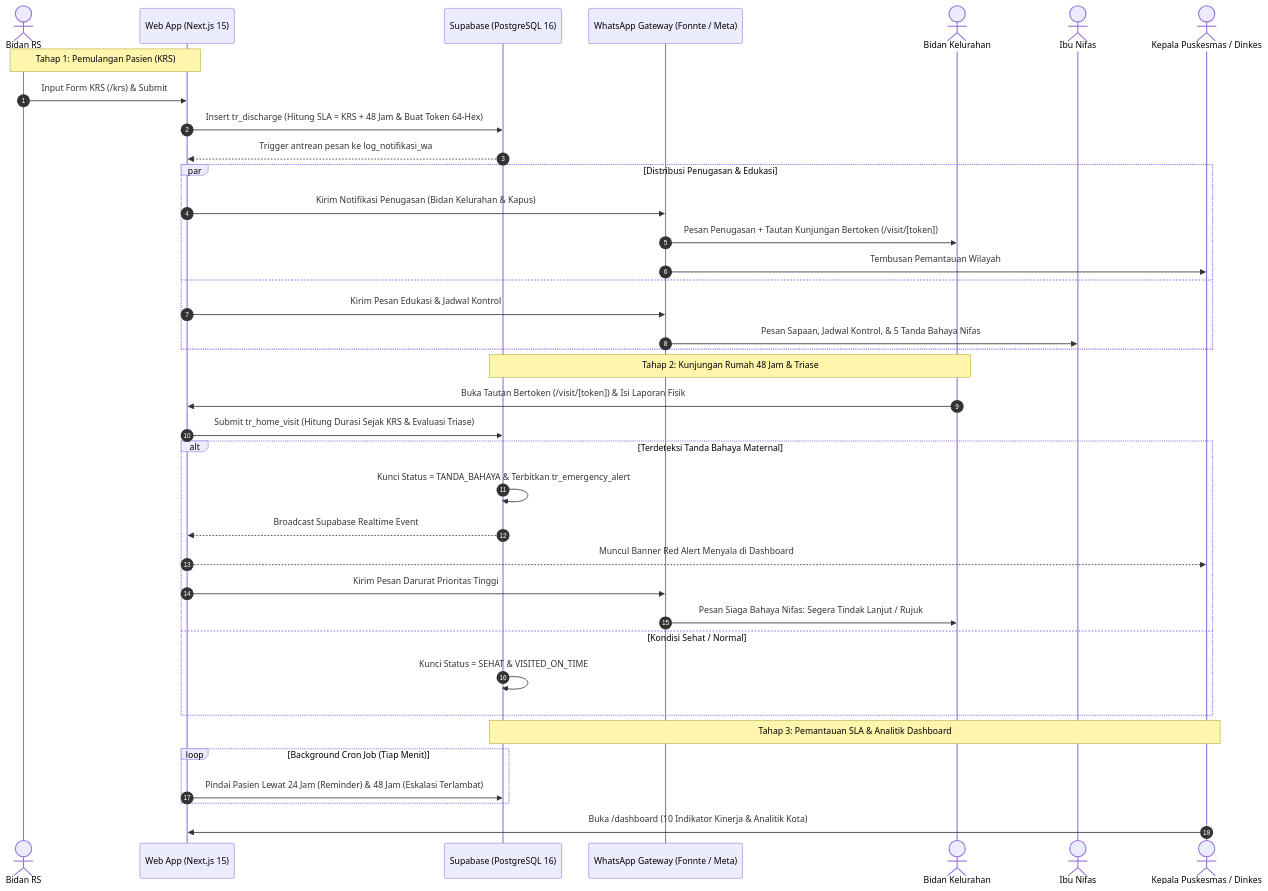
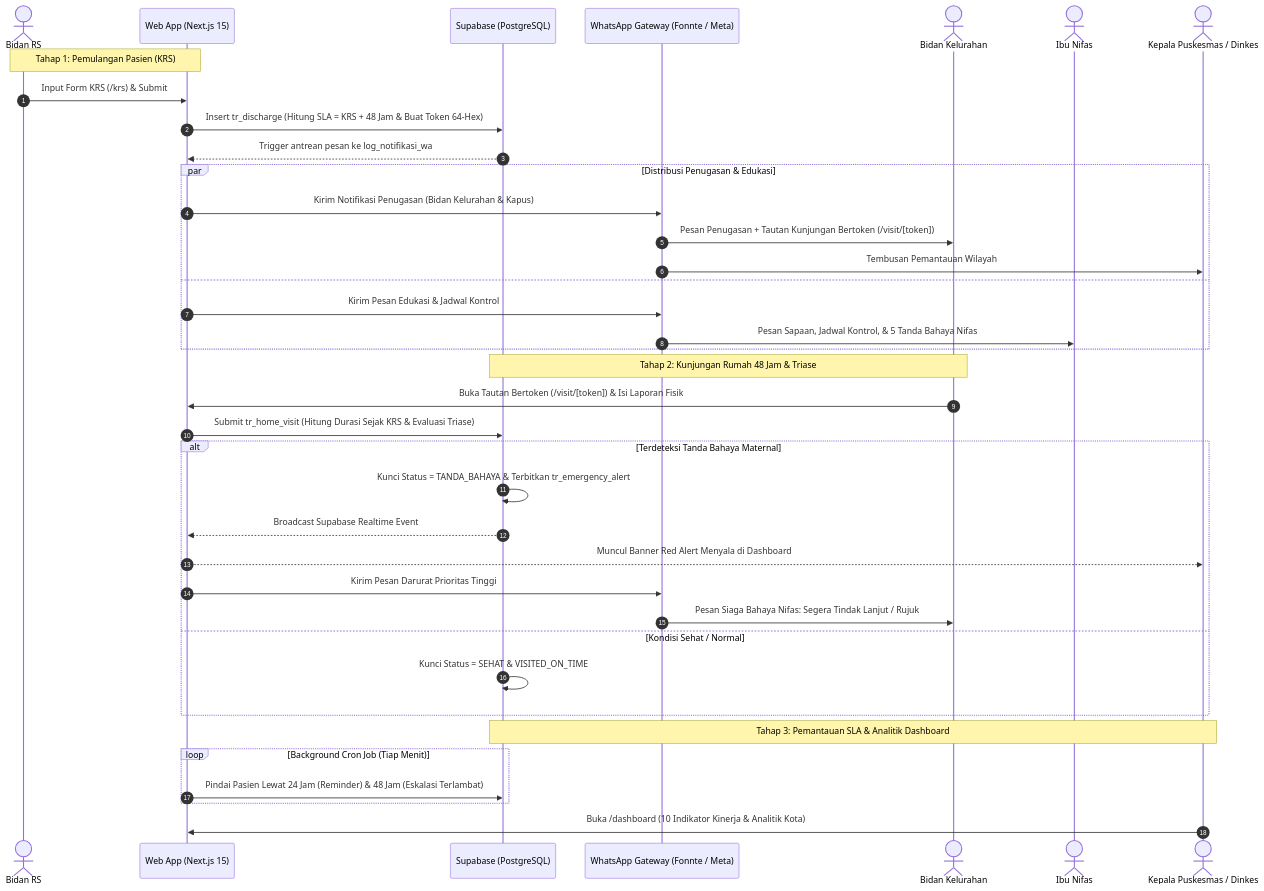
One commit to Primarizki21/monitoring-ibu-nifas changed the diagram in README.md. Above: the diagram before and after it, drawn with Mermaid. The commit also changed other lines of this file and 1 other file, not shown here.

````diff
--- a/README.md
+++ b/README.md
@@ -52,45 +52,45 @@
 ```mermaid
 sequenceDiagram
     autonumber
     actor BidanRS as Bidan RS
     participant Web as Web App (Next.js 15)
-    participant DB as Supabase (PostgreSQL 16)
+    participant DB as Supabase (PostgreSQL)
     participant WA as WhatsApp Gateway (Fonnte / Meta)
     actor BidanKel as Bidan Kelurahan
     actor Ibu as Ibu Nifas
     actor Kapus as Kepala Puskesmas / Dinkes
 
     Note over BidanRS,Web: Tahap 1: Pemulangan Pasien (KRS)
     BidanRS->>Web: Input Form KRS (/krs) & Submit
     Web->>DB: Insert tr_discharge (Hitung SLA = KRS + 48 Jam & Buat Token 64-Hex)
     DB-->>Web: Trigger antrean pesan ke log_notifikasi_wa
 
     par Distribusi Penugasan & Edukasi
         Web->>WA: Kirim Notifikasi Penugasan (Bidan Kelurahan & Kapus)
         WA->>BidanKel: Pesan Penugasan + Tautan Kunjungan Bertoken (/visit/[token])
         WA->>Kapus: Tembusan Pemantauan Wilayah
     and
         Web->>WA: Kirim Pesan Edukasi & Jadwal Kontrol
         WA->>Ibu: Pesan Sapaan, Jadwal Kontrol, & 5 Tanda Bahaya Nifas
     end
 
     Note over BidanKel,DB: Tahap 2: Kunjungan Rumah 48 Jam & Triase
     BidanKel->>Web: Buka Tautan Bertoken (/visit/[token]) & Isi Laporan Fisik
     Web->>DB: Submit tr_home_visit (Hitung Durasi Sejak KRS & Evaluasi Triase)
     
     alt Terdeteksi Tanda Bahaya Maternal
         DB->>DB: Kunci Status = TANDA_BAHAYA & Terbitkan tr_emergency_alert
         DB-->>Web: Broadcast Supabase Realtime Event
         Web-->>Kapus: Muncul Banner Red Alert Menyala di Dashboard
         Web->>WA: Kirim Pesan Darurat Prioritas Tinggi
         WA->>BidanKel: Pesan Siaga Bahaya Nifas: Segera Tindak Lanjut / Rujuk
     else Kondisi Sehat / Normal
         DB->>DB: Kunci Status = SEHAT & VISITED_ON_TIME
     end
 
     Note over DB,Kapus: Tahap 3: Pemantauan SLA & Analitik Dashboard
     loop Background Cron Job (Tiap Menit)
         Web->>DB: Pindai Pasien Lewat 24 Jam (Reminder) & 48 Jam (Eskalasi Terlambat)
     end
     Kapus->>Web: Buka /dashboard (10 Indikator Kinerja & Analitik Kota)
 ```
````
